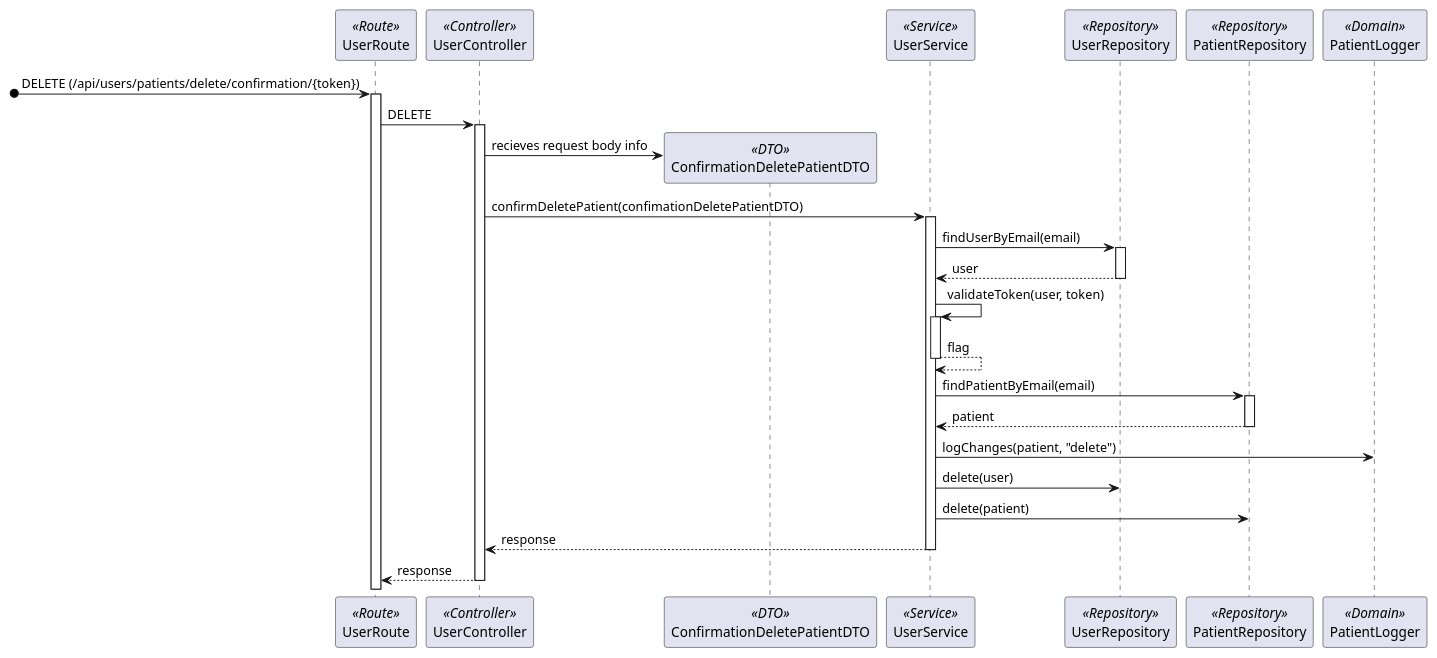
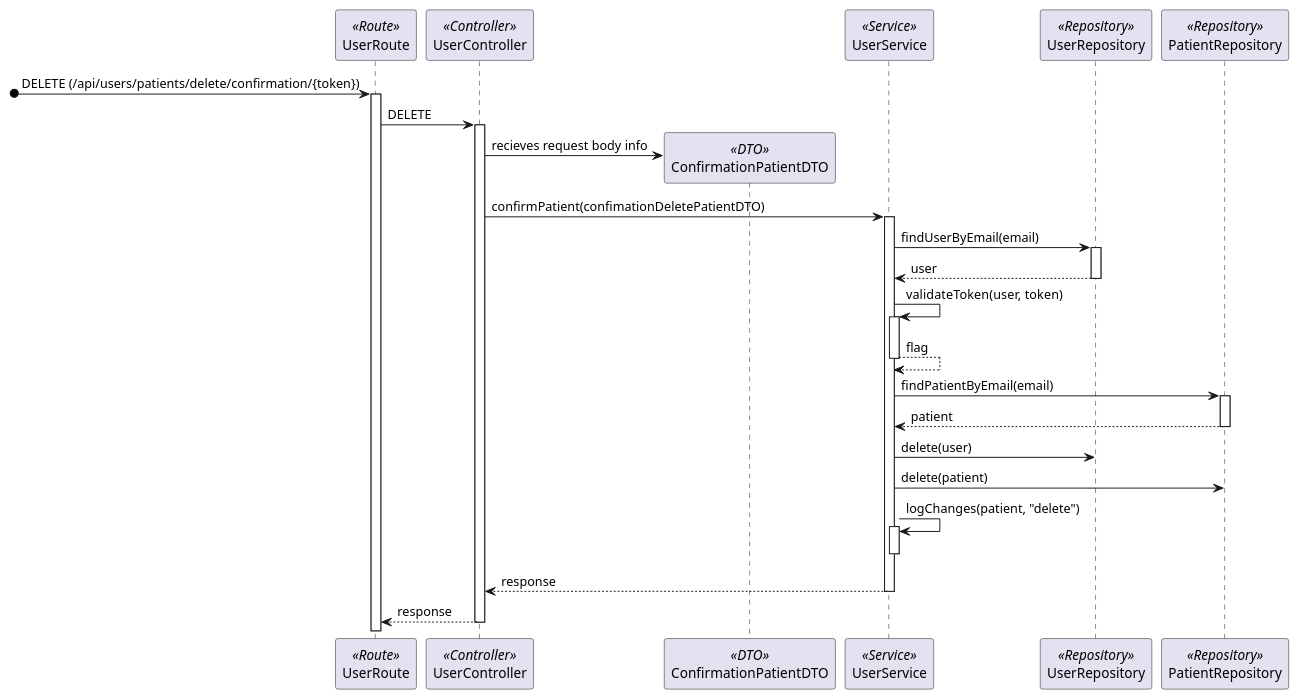
Before and after one commit to Rodrick0209/ISEP-SEM5PI-24-25: the diagram in docs/Sprint_1/US_5.1.5/L3/Process_View_Posterior_Confirmation.puml, drawn with PlantUML. The commit also changed 15 other files, not shown here.

Commit message:
US 5.1.8-5.1.11 / 5.1.3-5.1.5 All diagrams updated for better compreehension #4 #5 #6 #9 #10 #11 #12

```diff
--- a/docs/Sprint_1/US_5.1.5/L3/Process_View_Posterior_Confirmation.puml
+++ b/docs/Sprint_1/US_5.1.5/L3/Process_View_Posterior_Confirmation.puml
@@ -2,30 +2,32 @@
 @startuml Process_View_Posterior_Confirmation
 participant UserRoute as Route <<Route>>
 participant UserController as Controller <<Controller>>
-participant ConfirmationDeletePatientDTO as ConfirmationDTO <<DTO>>
+participant ConfirmationPatientDTO as ConfirmationDTO <<DTO>>
 participant UserService as Service <<Service>>
 participant UserRepository as Repository <<Repository>>
 participant PatientRepository as PatientRepository <<Repository>>
-participant PatientLogger as PatientLogger <<Domain>> 
+ 
 [o-> Route : DELETE (/api/users/patients/delete/confirmation/{token})
 activate Route
 Route -> Controller : DELETE
 activate Controller
 Controller -> ConfirmationDTO** : recieves request body info
-Controller -> Service : confirmDeletePatient(confimationDeletePatientDTO)
+Controller -> Service : confirmPatient(confimationDeletePatientDTO)
 activate Service
 Service -> Repository : findUserByEmail(email)
 activate Repository
 return user
 Service -> Service : validateToken(user, token)
 activate Service
 return flag
 Service -> PatientRepository : findPatientByEmail(email)
 activate PatientRepository
 return patient
-Service -> PatientLogger: logChanges(patient, "delete")
 Service -> Repository : delete(user)
 Service -> PatientRepository : delete(patient)
+Service -> Service: logChanges(patient, "delete")
+activate Service
+deactivate Service
 return response
 return response
 @enduml
```
